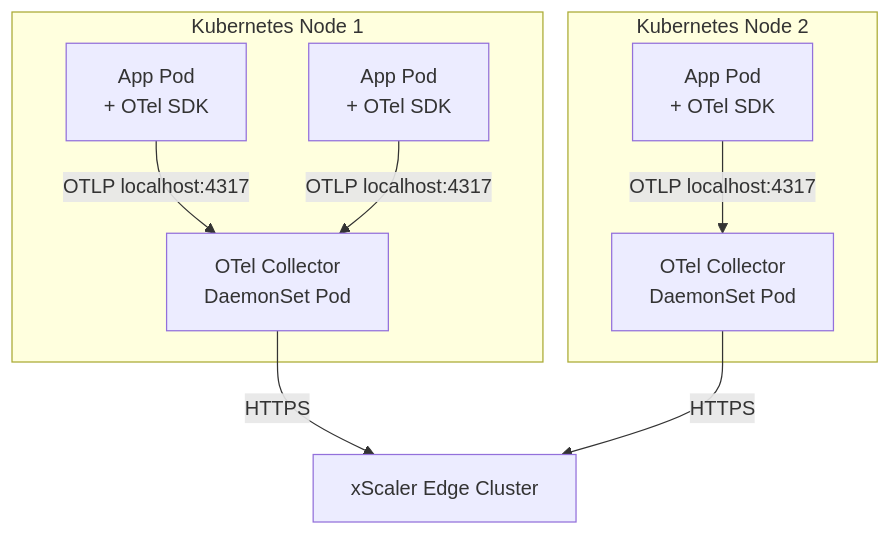
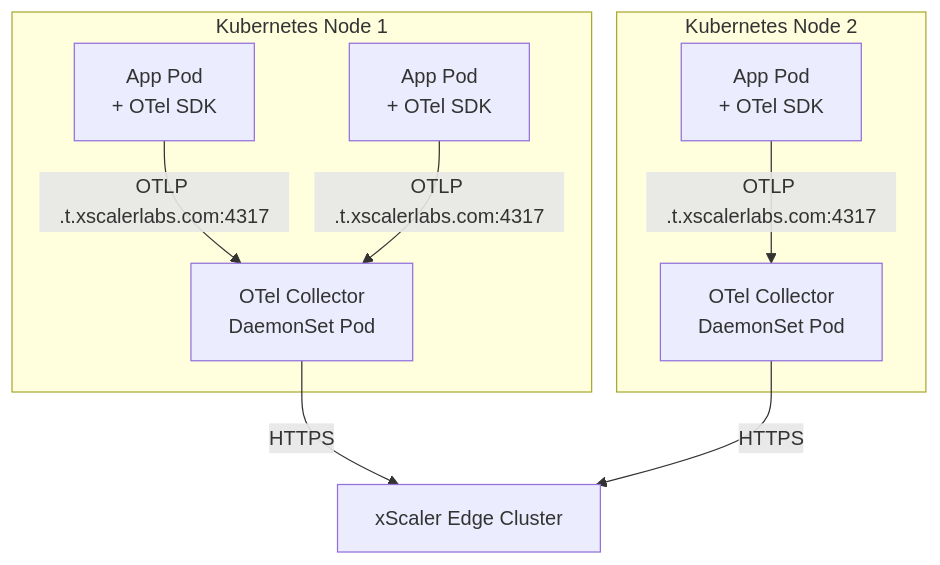
The second of 4 diagrams in docs/session-2/deployment-models.md (xscaler/training), drawn with Mermaid before and after one commit. The commit also changed 23 other files, not shown here.

````diff
--- a/docs/session-2/deployment-models.md
+++ b/docs/session-2/deployment-models.md
@@ -64,12 +64,12 @@
 ```mermaid
 graph TB
     subgraph "Kubernetes Node 1"
-        APP1[App Pod\n+ OTel SDK] -->|OTLP localhost:4317| COL1[OTel Collector\nDaemonSet Pod]
-        APP2[App Pod\n+ OTel SDK] -->|OTLP localhost:4317| COL1
+        APP1[App Pod\n+ OTel SDK] -->|OTLP <edge>.t.xscalerlabs.com:4317| COL1[OTel Collector\nDaemonSet Pod]
+        APP2[App Pod\n+ OTel SDK] -->|OTLP <edge>.t.xscalerlabs.com:4317| COL1
     end
     subgraph "Kubernetes Node 2"
-        APP3[App Pod\n+ OTel SDK] -->|OTLP localhost:4317| COL2[OTel Collector\nDaemonSet Pod]
+        APP3[App Pod\n+ OTel SDK] -->|OTLP <edge>.t.xscalerlabs.com:4317| COL2[OTel Collector\nDaemonSet Pod]
     end
 
     COL1 & COL2 -->|HTTPS| XS[xScaler Edge Cluster]
 ```
````
